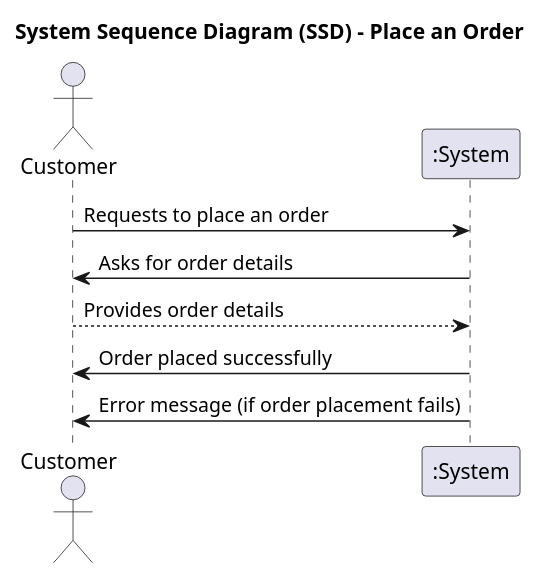
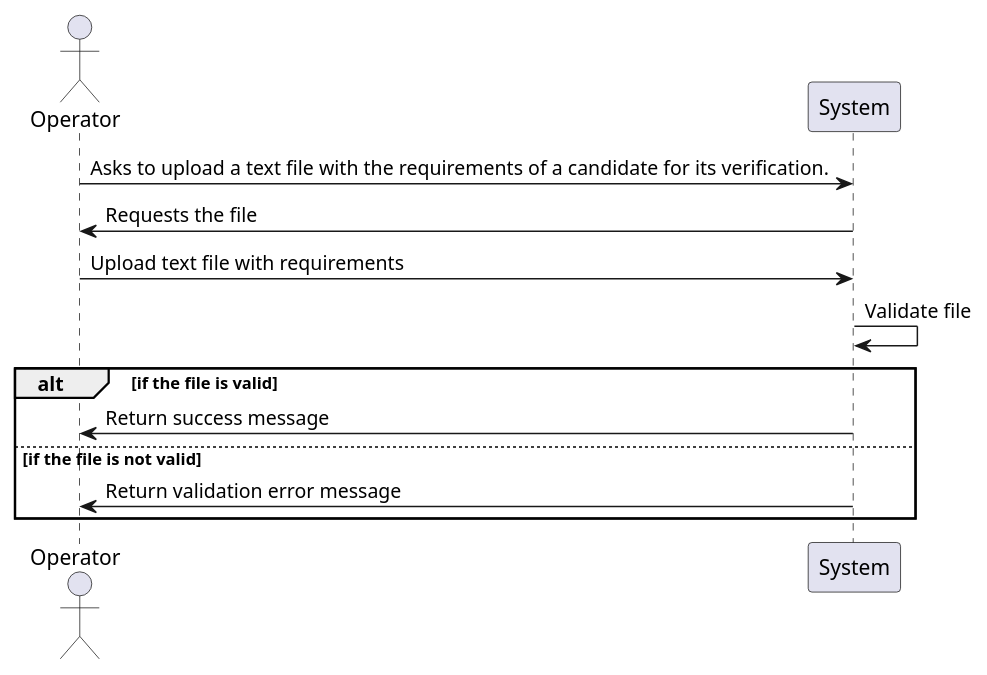
The diagram in docs/sprintC/US2004/01.requirements-engineering/puml/SSD.puml (Mendoncaa/LAPR4), drawn with PlantUML before and after one commit. The commit also changed 4 other files, not shown here.

```diff
--- a/docs/sprintC/US2004/01.requirements-engineering/puml/SSD.puml
+++ b/docs/sprintC/US2004/01.requirements-engineering/puml/SSD.puml
@@ -1,15 +1,14 @@
 @startuml
+actor Operator
+participant "System" as S
 
-title System Sequence Diagram (SSD) - Place an Order
-
-actor "Customer" as U
-participant ":System" as S
-
-U -> S : Requests to place an order
-S -> U : Asks for order details
-U --> S : Provides order details
-
-S -> U : Order placed successfully
-S -> U : Error message (if order placement fails)
-
+Operator -> S: Asks to upload a text file with the requirements of a candidate for its verification.
+S -> Operator: Requests the file
+Operator -> S: Upload text file with requirements
+S -> S: Validate file
+alt if the file is valid
+    S -> Operator: Return success message
+else if the file is not valid
+    S -> Operator: Return validation error message
+end
 @enduml
```
